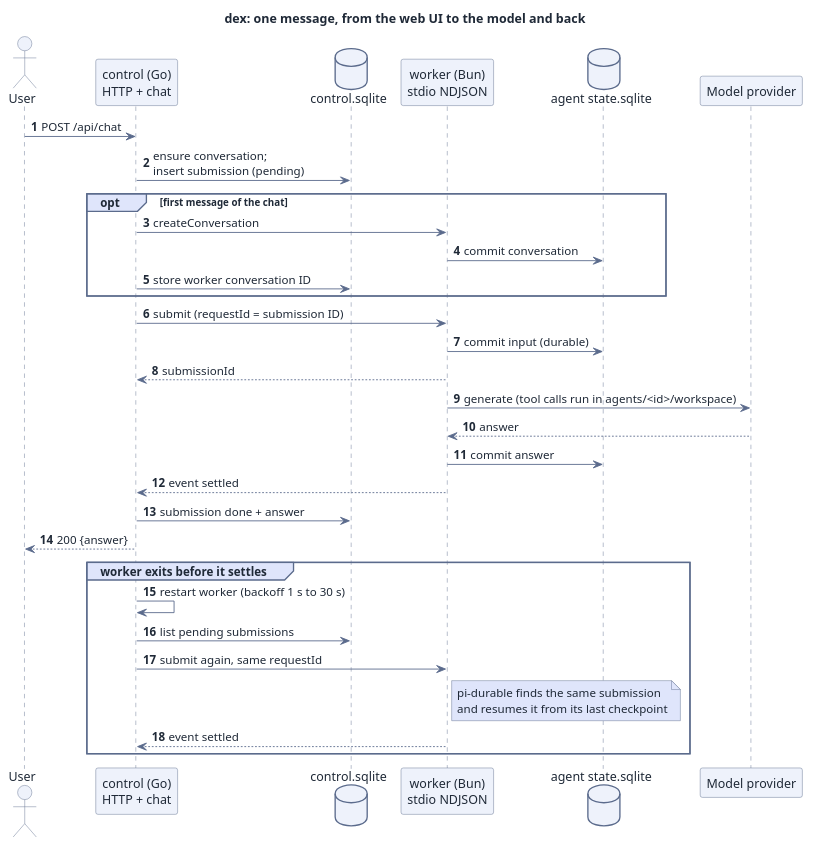
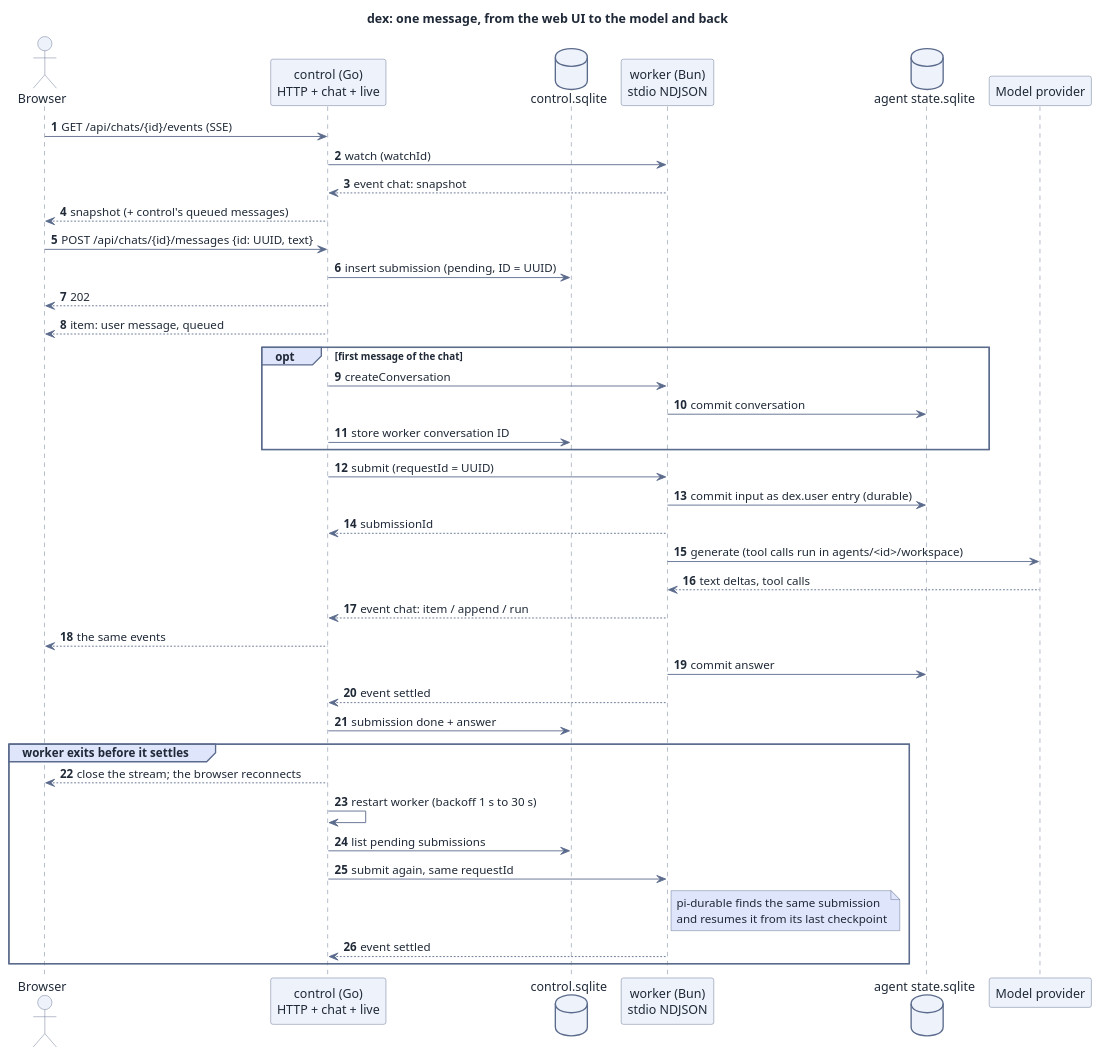
Before and after one commit to recally-io/dex: the diagram in assets/src/message-flow.puml, drawn with PlantUML. The commit also changed 6 other files, not shown here.

```diff
--- a/assets/src/message-flow.puml
+++ b/assets/src/message-flow.puml
@@ -1,53 +1,61 @@
 @startuml
 skinparam DefaultFontColor #1f2937
 skinparam ArrowColor #5b6b8c
 skinparam ArrowFontColor #1f2937
 skinparam ParticipantBackgroundColor #eef2fb
 skinparam ParticipantBorderColor #5b6b8c
 skinparam ActorBackgroundColor #eef2fb
 skinparam ActorBorderColor #5b6b8c
 skinparam DatabaseBackgroundColor #eef2fb
 skinparam DatabaseBorderColor #5b6b8c
 skinparam NoteBackgroundColor #dfe5fb
 skinparam NoteBorderColor #5b6b8c
 skinparam SequenceLifeLineBorderColor #5b6b8c
 skinparam SequenceGroupBorderColor #5b6b8c
 skinparam SequenceGroupBackgroundColor #dfe5fb
 autonumber
 title dex: one message, from the web UI to the model and back
 
-actor "User" as user
-participant "control (Go)\nHTTP + chat" as control
+actor "Browser" as user
+participant "control (Go)\nHTTP + chat + live" as control
 database "control.sqlite" as cdb
 participant "worker (Bun)\nstdio NDJSON" as worker
 database "agent state.sqlite" as adb
 participant "Model provider" as model
 
-user -> control : POST /api/chat
-control -> cdb : ensure conversation;\ninsert submission (pending)
+user -> control : GET /api/chats/{id}/events (SSE)
+control -> worker : watch (watchId)
+worker --> control : event chat: snapshot
+control --> user : snapshot (+ control's queued messages)
+user -> control : POST /api/chats/{id}/messages {id: UUID, text}
+control -> cdb : insert submission (pending, ID = UUID)
+control --> user : 202
+control --> user : item: user message, queued
 opt first message of the chat
   control -> worker : createConversation
   worker -> adb : commit conversation
   control -> cdb : store worker conversation ID
 end
-control -> worker : submit (requestId = submission ID)
-worker -> adb : commit input (durable)
+control -> worker : submit (requestId = UUID)
+worker -> adb : commit input as dex.user entry (durable)
 worker --> control : submissionId
 worker -> model : generate (tool calls run in agents/<id>/workspace)
-model --> worker : answer
+model --> worker : text deltas, tool calls
+worker --> control : event chat: item / append / run
+control --> user : the same events
 worker -> adb : commit answer
 worker --> control : event settled
 control -> cdb : submission done + answer
-control --> user : 200 {answer}
 
 group worker exits before it settles
+  control --> user : close the stream; the browser reconnects
   control -> control : restart worker (backoff 1 s to 30 s)
   control -> cdb : list pending submissions
   control -> worker : submit again, same requestId
   note right of worker
     pi-durable finds the same submission
     and resumes it from its last checkpoint
   end note
   worker --> control : event settled
 end
 @enduml
```
